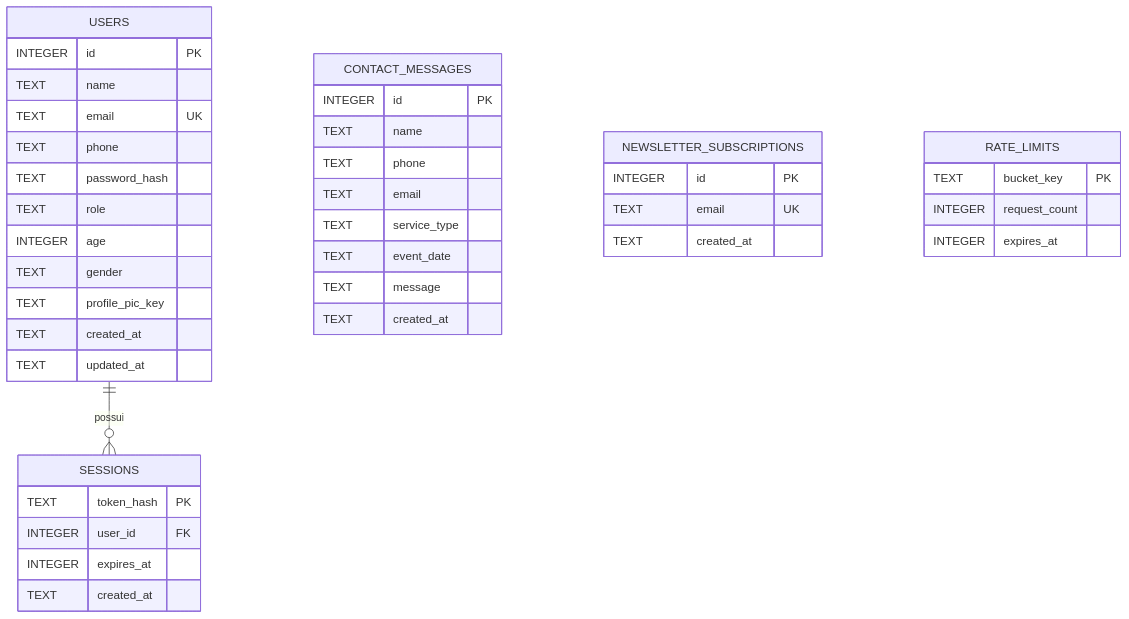
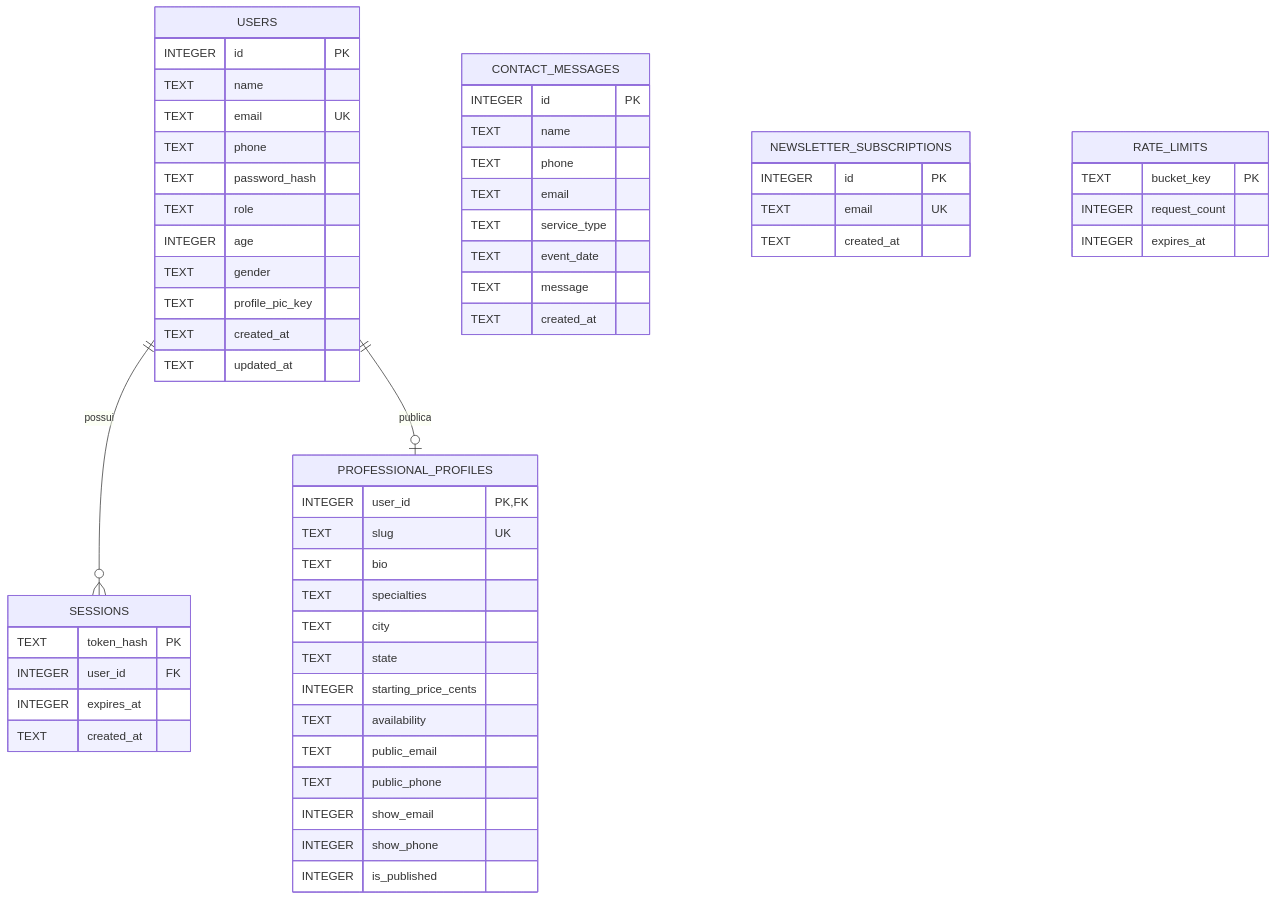
Before and after one commit to Renato1909/LensClick: the fourth of 6 diagrams in docs/DOCUMENTACAO_TECNICA.md, drawn with Mermaid. The commit also changed other lines of this file and 14 other files, not shown here.

````diff
--- a/docs/DOCUMENTACAO_TECNICA.md
+++ b/docs/DOCUMENTACAO_TECNICA.md
@@ -352,43 +367,59 @@
 ```mermaid
 erDiagram
     USERS ||--o{ SESSIONS : possui
+    USERS ||--o| PROFESSIONAL_PROFILES : publica
     USERS {
         INTEGER id PK
         TEXT name
         TEXT email UK
         TEXT phone
         TEXT password_hash
         TEXT role
         INTEGER age
         TEXT gender
         TEXT profile_pic_key
         TEXT created_at
         TEXT updated_at
     }
     SESSIONS {
         TEXT token_hash PK
         INTEGER user_id FK
         INTEGER expires_at
         TEXT created_at
+    }
+    PROFESSIONAL_PROFILES {
+        INTEGER user_id PK,FK
+        TEXT slug UK
+        TEXT bio
+        TEXT specialties
+        TEXT city
+        TEXT state
+        INTEGER starting_price_cents
+        TEXT availability
+        TEXT public_email
+        TEXT public_phone
+        INTEGER show_email
+        INTEGER show_phone
+        INTEGER is_published
     }
     CONTACT_MESSAGES {
         INTEGER id PK
         TEXT name
         TEXT phone
         TEXT email
         TEXT service_type
         TEXT event_date
         TEXT message
         TEXT created_at
     }
     NEWSLETTER_SUBSCRIPTIONS {
         INTEGER id PK
         TEXT email UK
         TEXT created_at
     }
     RATE_LIMITS {
         TEXT bucket_key PK
         INTEGER request_count
         INTEGER expires_at
     }
 ```
````
